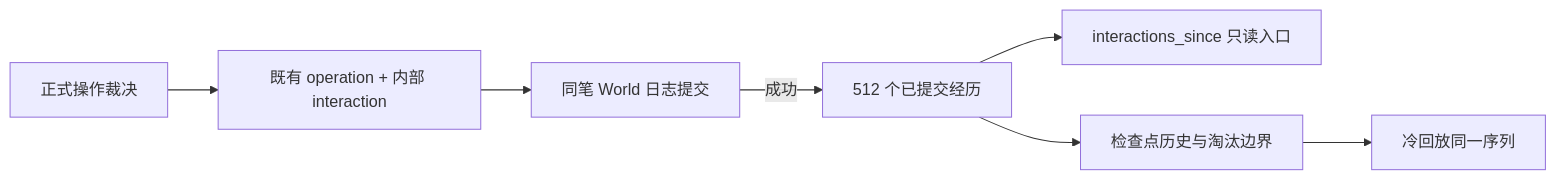
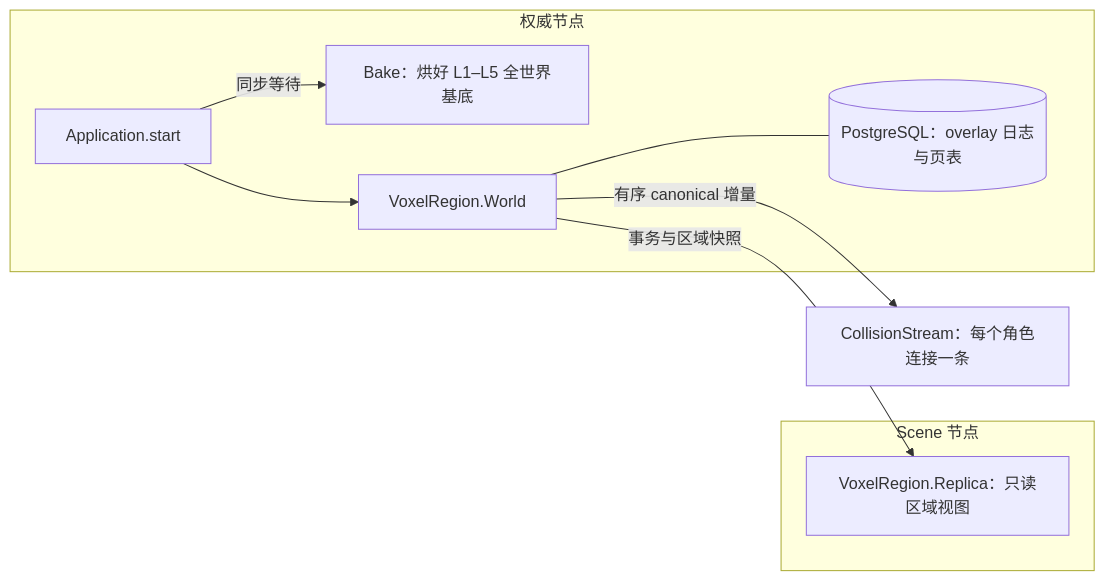
The diagram in apps/voxel_region/README.md (dyzdyz010/ex_mmo_cluster), drawn with Mermaid before and after one commit. The commit also changed other lines of this file and 3 other files, not shown here.

First line of the commit message:
docs(voxel_region): README describes the current structure

````diff
--- a/apps/voxel_region/README.md
+++ b/apps/voxel_region/README.md
@@ -200,9 +18,13 @@
 ```mermaid
 flowchart LR
-  Intent[正式操作裁决] --> Metadata[既有 operation + 内部 interaction]
-  Metadata --> Log[同笔 World 日志提交]
-  Log -->|成功| History[512 个已提交经历]
-  History --> Read[interactions_since 只读入口]
-  History --> Checkpoint[检查点历史与淘汰边界]
-  Checkpoint --> Replay[冷回放同一序列]
+  subgraph authority[权威节点]
+    App[Application.start] -->|同步等待| Bake[Bake：烘好 L1–L5 全世界基底]
+    App --> World[VoxelRegion.World]
+    World --- PG[(PostgreSQL：overlay 日志与页表)]
+  end
+  subgraph scene[Scene 节点]
+    Replica[VoxelRegion.Replica：只读区域视图]
+  end
+  World -->|事务与区域快照| Replica
+  World -->|有序 canonical 增量| Stream[CollisionStream：每个角色连接一条]
 ```
````
